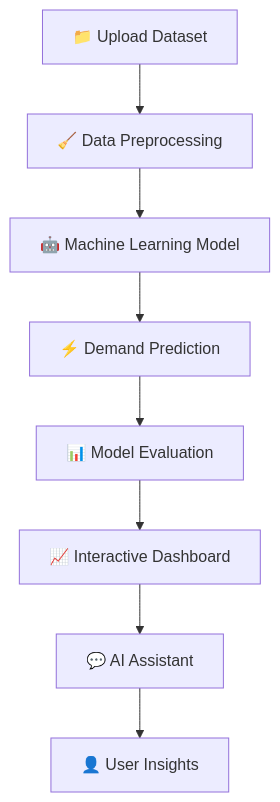
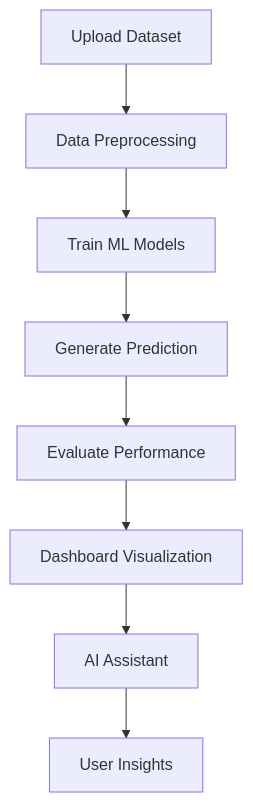
One commit to zehranisar/PowerPilot-AI changed the second of 2 diagrams in README.md. Above: the diagram before and after it, drawn with Mermaid. The commit also changed other lines of this file, not shown here.

First line of the commit message:
Revise architecture and workflow diagrams in README

````diff
--- a/README.md
+++ b/README.md
@@ -143,34 +124,20 @@
 ```mermaid
-flowchart TD
+graph TD
 
-A["📁 Upload Dataset"]
-
-B["🧹 Data Preprocessing"]
-
-C["🤖 Machine Learning Model"]
-
-D["⚡ Demand Prediction"]
-
-E["📊 Model Evaluation"]
-
-F["📈 Interactive Dashboard"]
-
-G["💬 AI Assistant"]
-
-H["👤 User Insights"]
-
+A[Upload Dataset]
+B[Data Preprocessing]
+C[Train ML Models]
+D[Generate Prediction]
+E[Evaluate Performance]
+F[Dashboard Visualization]
+G[AI Assistant]
+H[User Insights]
 
 A --> B
-
 B --> C
-
 C --> D
-
 D --> E
-
 E --> F
-
 F --> G
-
 G --> H
 ```
````
